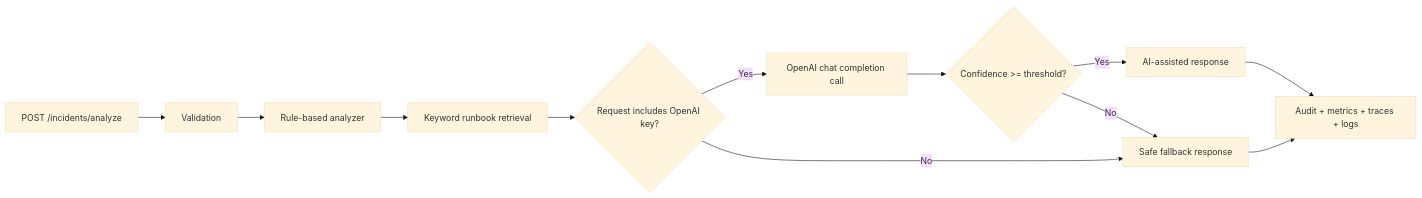
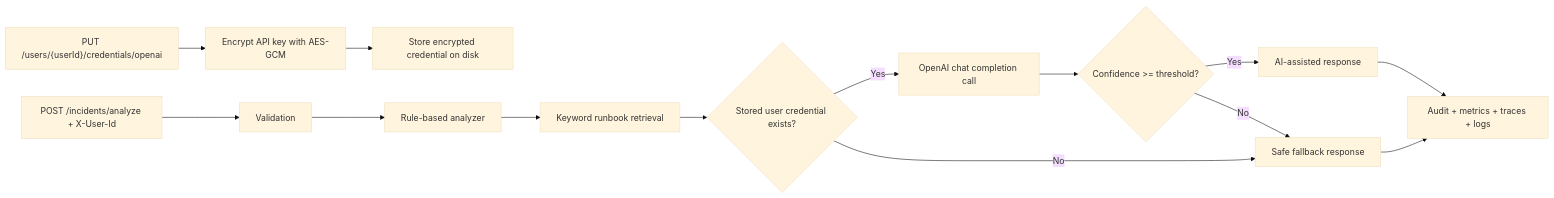
One commit to Hperam/incident-copilot-api changed the diagram in README.md. Above: the diagram before and after it, drawn with Mermaid (base theme). The commit also changed other lines of this file and 14 other files, not shown here.

Commit message:
Store BYOK credentials encrypted per user

````diff
--- a/README.md
+++ b/README.md
@@ -32,14 +32,16 @@
 ```mermaid
 flowchart LR
-    A["POST /incidents/analyze"] --> B["Validation"]
-    B --> C["Rule-based analyzer"]
-    C --> D["Keyword runbook retrieval"]
-    D --> E{"Request includes OpenAI key?"}
-    E -->|Yes| F["OpenAI chat completion call"]
-    E -->|No| G["Safe fallback response"]
-    F --> H{"Confidence >= threshold?"}
-    H -->|Yes| I["AI-assisted response"]
-    H -->|No| G
-    I --> J["Audit + metrics + traces + logs"]
-    G --> J
+    A["PUT /users/{userId}/credentials/openai"] --> B["Encrypt API key with AES-GCM"]
+    B --> C["Store encrypted credential on disk"]
+    D["POST /incidents/analyze + X-User-Id"] --> E["Validation"]
+    E --> F["Rule-based analyzer"]
+    F --> G["Keyword runbook retrieval"]
+    G --> H{"Stored user credential exists?"}
+    H -->|Yes| I["OpenAI chat completion call"]
+    H -->|No| J["Safe fallback response"]
+    I --> K{"Confidence >= threshold?"}
+    K -->|Yes| L["AI-assisted response"]
+    K -->|No| J
+    L --> M["Audit + metrics + traces + logs"]
+    J --> M
 ```
````
